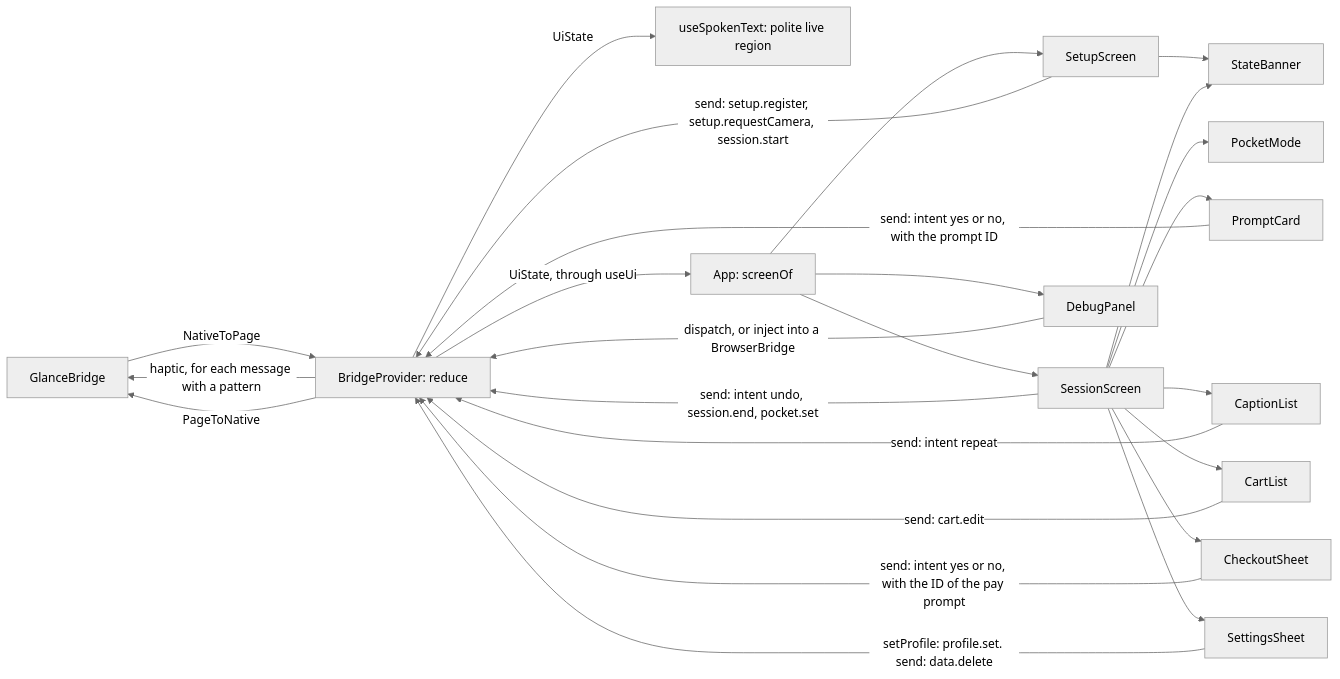
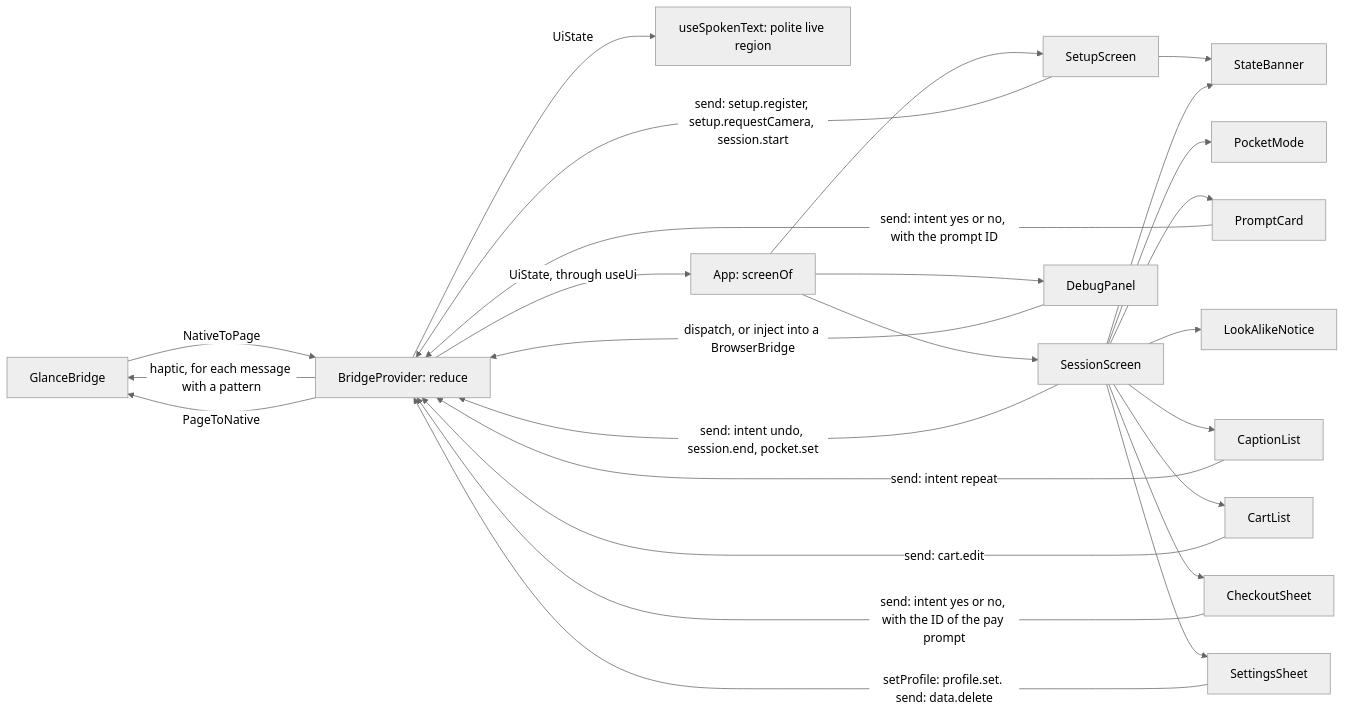
The third of 5 diagrams in apps/mobile/ui/README.md (mrBymax/glance), drawn with Mermaid (neutral theme) before and after one commit. The commit also changed other lines of this file and 5 other files, not shown here.

Commit message:
feat(ui): add the look-alike message

````diff
--- a/apps/mobile/ui/README.md
+++ b/apps/mobile/ui/README.md
@@ -118,42 +118,44 @@
 ```mermaid
 flowchart LR
   bridge["GlanceBridge"]
   provider["BridgeProvider: reduce"]
   spoken["useSpokenText: polite live region"]
   app["App: screenOf"]
   setup["SetupScreen"]
   screen["SessionScreen"]
   banner["StateBanner"]
   card["PromptCard"]
+  lookalike["LookAlikeNotice"]
   captions["CaptionList"]
   cart["CartList"]
   checkout["CheckoutSheet"]
   settings["SettingsSheet"]
   pocket["PocketMode"]
   debug["DebugPanel"]
 
   bridge -- NativeToPage --> provider
   provider -- "UiState, through useUi" --> app
   provider -- UiState --> spoken
   app --> setup
   app --> screen
   app --> debug
   screen --> pocket
   setup --> banner
   screen --> banner
   screen --> card
+  screen --> lookalike
   screen --> captions
   screen --> cart
   screen --> checkout
   screen --> settings
   setup -- "send: setup.register, setup.requestCamera, session.start" --> provider
   card -- "send: intent yes or no, with the prompt ID" --> provider
   checkout -- "send: intent yes or no, with the ID of the pay prompt" --> provider
   settings -- "setProfile: profile.set. send: data.delete" --> provider
   captions -- "send: intent repeat" --> provider
   cart -- "send: cart.edit" --> provider
   screen -- "send: intent undo, session.end, pocket.set" --> provider
   debug -- "dispatch, or inject into a BrowserBridge" --> provider
   provider -- "haptic, for each message with a pattern" --> bridge
   provider -- PageToNative --> bridge
 ```
````
